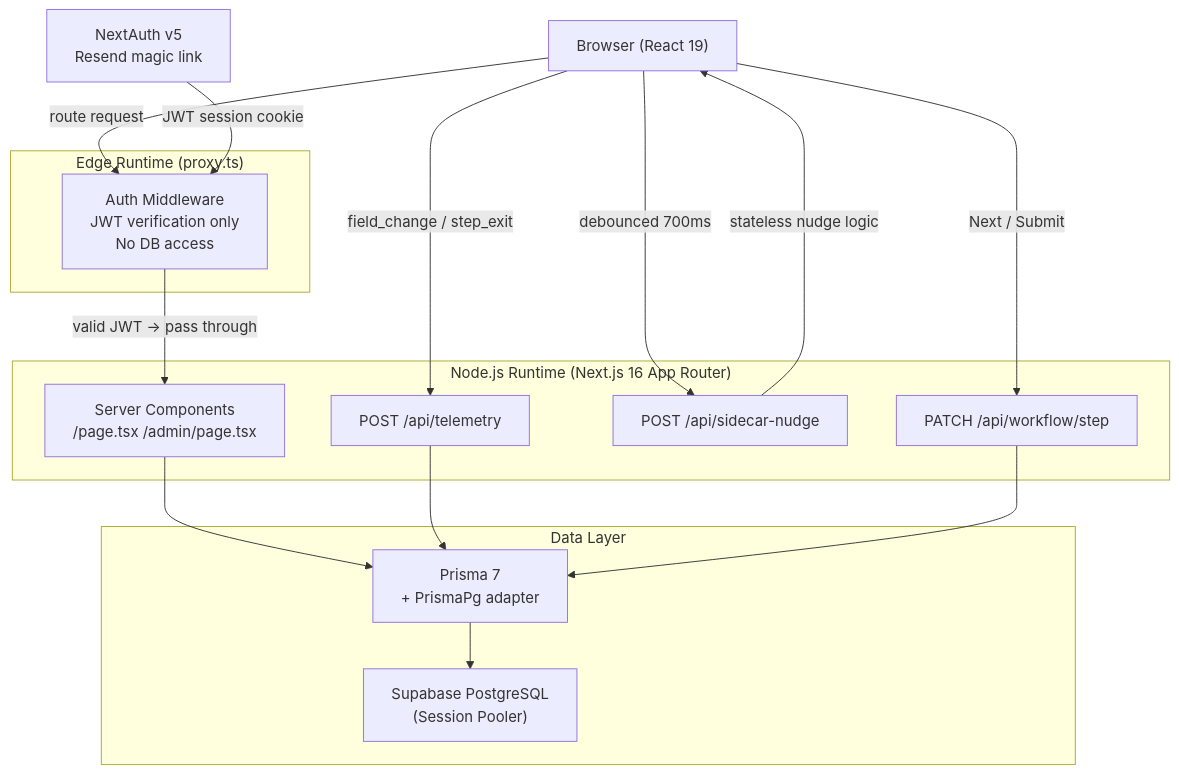
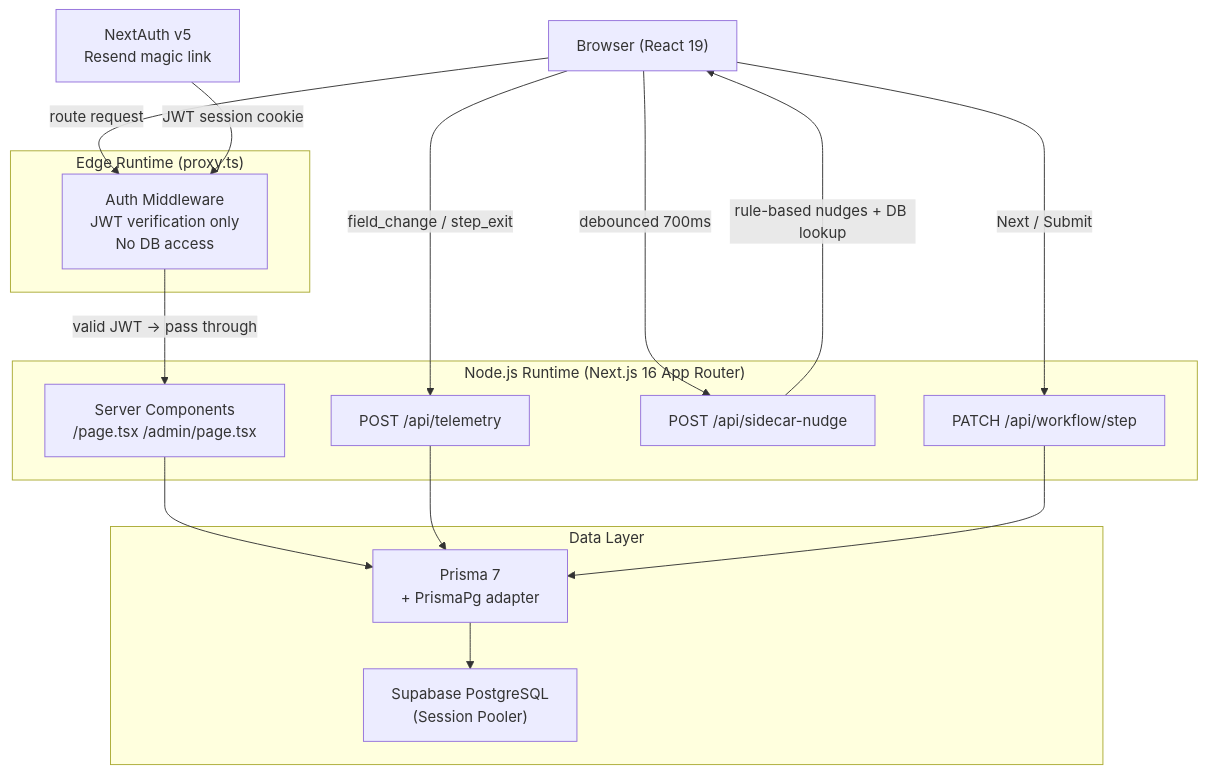
The diagram in README.md (rock86109/strive-covenant-monitor), drawn with Mermaid before and after one commit. The commit also changed other lines of this file, not shown here.

First line of the commit message:
Update README to reflect sidecar DB lookup and combination-condition nudges

````diff
--- a/README.md
+++ b/README.md
@@ -34,34 +34,34 @@
 ```mermaid
 graph TD
     Browser["Browser (React 19)"]
 
     subgraph Edge["Edge Runtime (proxy.ts)"]
         MW["Auth Middleware\nJWT verification only\nNo DB access"]
     end
 
     subgraph Server["Node.js Runtime (Next.js 16 App Router)"]
         SC["Server Components\n/page.tsx /admin/page.tsx"]
         API1["POST /api/telemetry"]
         API2["POST /api/sidecar-nudge"]
         API3["PATCH /api/workflow/step"]
     end
 
     subgraph Data["Data Layer"]
         Prisma["Prisma 7\n+ PrismaPg adapter"]
         DB["Supabase PostgreSQL\n(Session Pooler)"]
     end
 
     Auth["NextAuth v5\nResend magic link"]
 
     Browser -->|"route request"| MW
     MW -->|"valid JWT → pass through"| SC
     SC --> Prisma
     Browser -->|"field_change / step_exit"| API1
     Browser -->|"debounced 700ms"| API2
     Browser -->|"Next / Submit"| API3
     API1 --> Prisma
-    API2 -->|"stateless nudge logic"| Browser
+    API2 -->|"rule-based nudges + DB lookup"| Browser
     API3 --> Prisma
     Prisma --> DB
     Auth -->|"JWT session cookie"| MW
 ```
````
